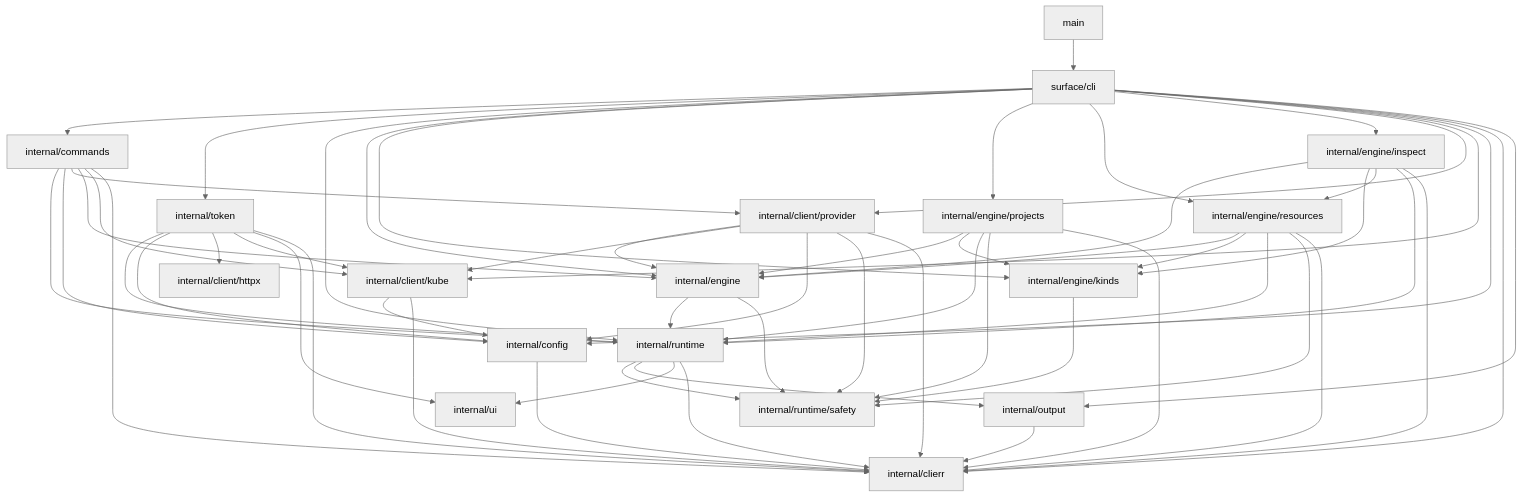
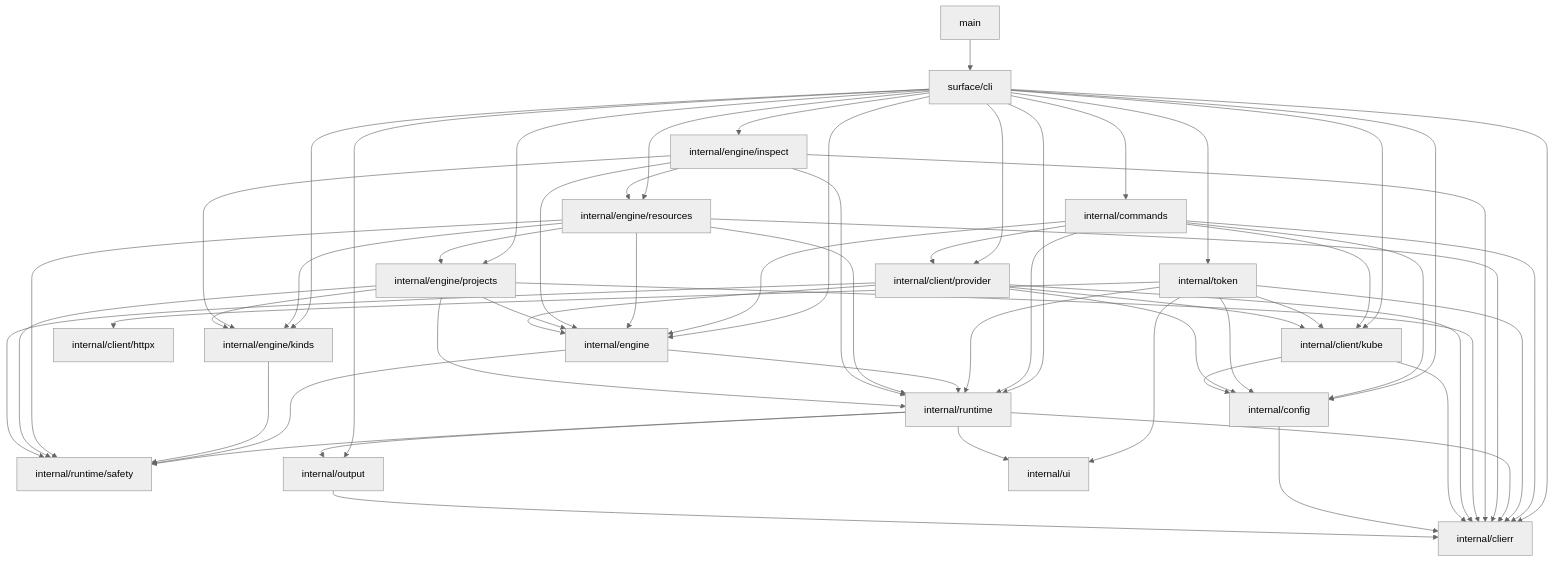
One commit to rancher/rancher-cli changed the diagram in ARCHITECTURE.md. Above: the diagram before and after it, drawn with Mermaid (neutral theme). The commit also changed other lines of this file and 19 other files, not shown here.

```diff
--- a/ARCHITECTURE.md
+++ b/ARCHITECTURE.md
@@ -127,6 +127,7 @@
 
     resources --> engine
     resources --> kinds
+    resources --> projects
     resources --> runtime
     resources --> safety
     resources --> clierr
```
